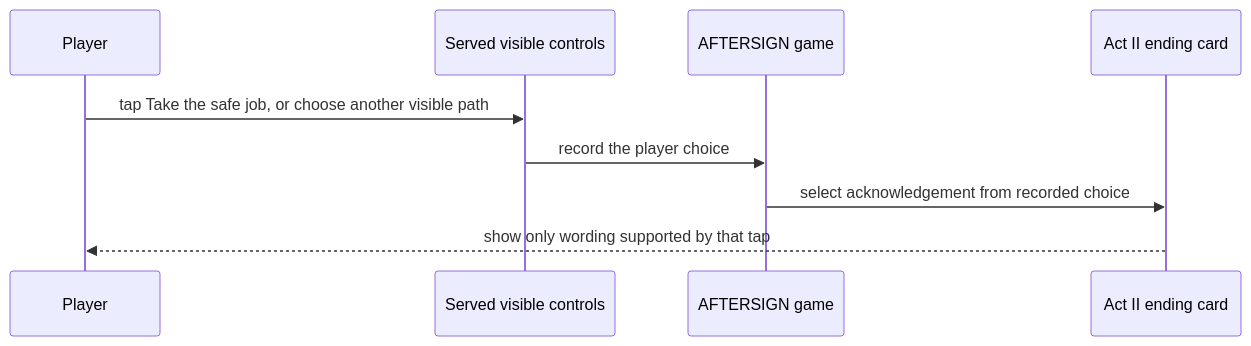
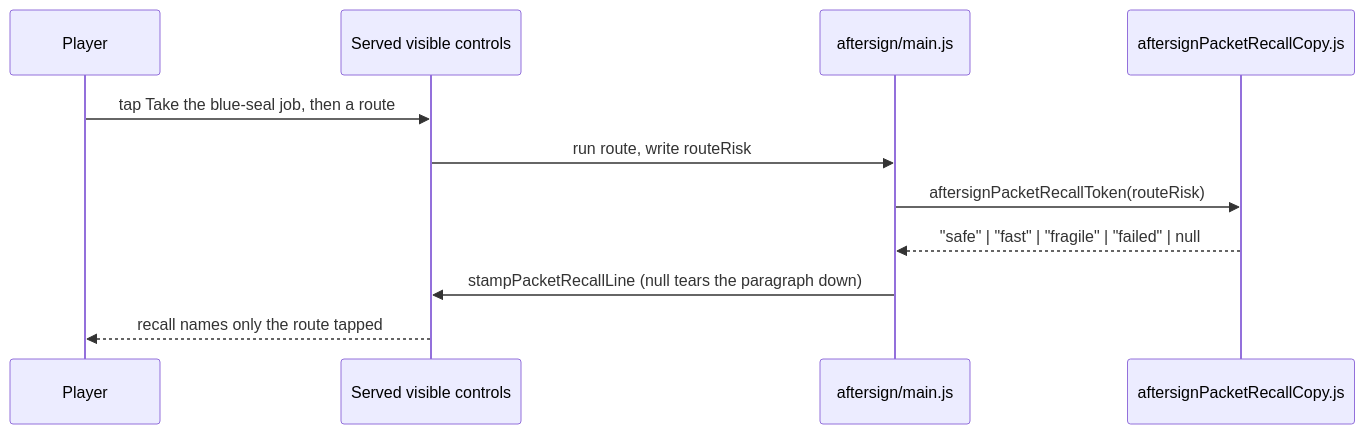
One commit to phynars/oodim-game changed the second of 2 diagrams in docs/design/2846-safe-route-trust.md. Above: the diagram before and after it, drawn with Mermaid. The commit also changed other lines of this file and 1 other file, not shown here.

````diff
--- a/docs/design/2846-safe-route-trust.md
+++ b/docs/design/2846-safe-route-trust.md
@@ -21,11 +24,13 @@
 ```mermaid
 sequenceDiagram
   participant P as Player
   participant UI as Served visible controls
-  participant G as AFTERSIGN game
-  participant E as Act II ending card
-  P->>UI: tap Take the safe job, or choose another visible path
-  UI->>G: record the player choice
-  G->>E: select acknowledgement from recorded choice
-  E-->>P: show only wording supported by that tap
+  participant G as aftersign/main.js
+  participant Copy as aftersignPacketRecallCopy.js
+  P->>UI: tap Take the blue-seal job, then a route
+  UI->>G: run route, write routeRisk
+  G->>Copy: aftersignPacketRecallToken(routeRisk)
+  Copy-->>G: "safe" | "fast" | "fragile" | "failed" | null
+  G->>UI: stampPacketRecallLine (null tears the paragraph down)
+  UI-->>P: recall names only the route tapped
 ```
````
